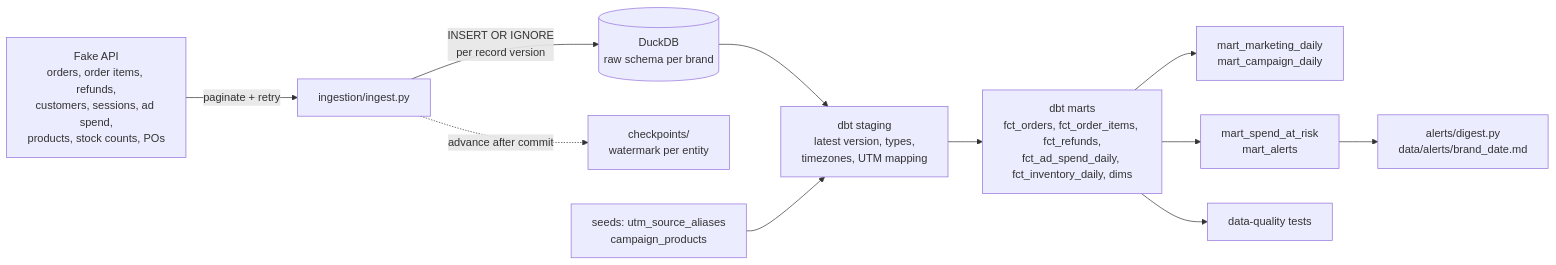
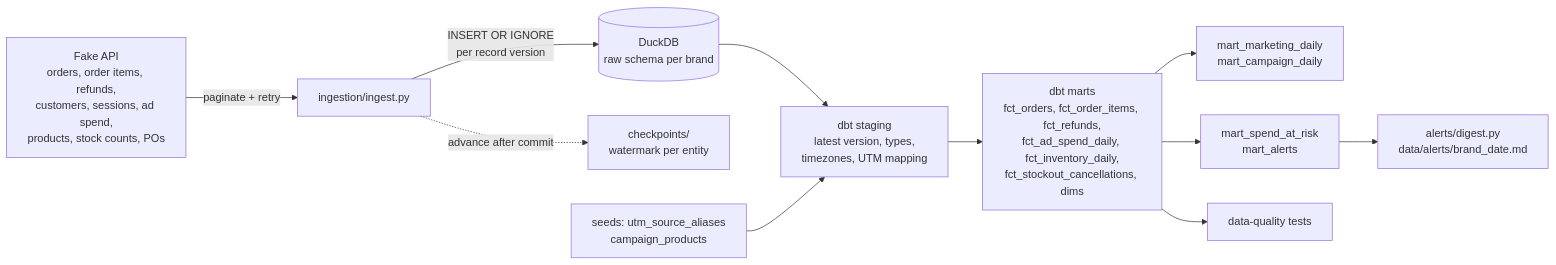
Before and after one commit to LazySneha/marketing-data-reliability-pipeline: the diagram in README.md, drawn with Mermaid. The commit also changed other lines of this file and 3 other files, not shown here.

First line of the commit message:
Measure the full cost of a stockout per cancelled order

````diff
--- a/README.md
+++ b/README.md
@@ -20,13 +20,13 @@
 ```mermaid
 flowchart LR
     A[Fake API<br/>orders, order items, refunds,<br/>customers, sessions, ad spend,<br/>products, stock counts, POs] -->|paginate + retry| B[ingestion/ingest.py]
     B -->|INSERT OR IGNORE<br/>per record version| C[(DuckDB<br/>raw schema per brand)]
     B -. advance after commit .-> K[checkpoints/<br/>watermark per entity]
     C --> D[dbt staging<br/>latest version, types,<br/>timezones, UTM mapping]
     S[seeds: utm_source_aliases<br/>campaign_products] --> D
-    D --> E[dbt marts<br/>fct_orders, fct_order_items, fct_refunds,<br/>fct_ad_spend_daily, fct_inventory_daily, dims]
+    D --> E[dbt marts<br/>fct_orders, fct_order_items, fct_refunds,<br/>fct_ad_spend_daily, fct_inventory_daily,<br/>fct_stockout_cancellations, dims]
     E --> F[mart_marketing_daily<br/>mart_campaign_daily]
     E --> G[mart_spend_at_risk<br/>mart_alerts]
     G --> H[alerts/digest.py<br/>data/alerts/brand_date.md]
     E --> T[data-quality tests]
 ```
````
